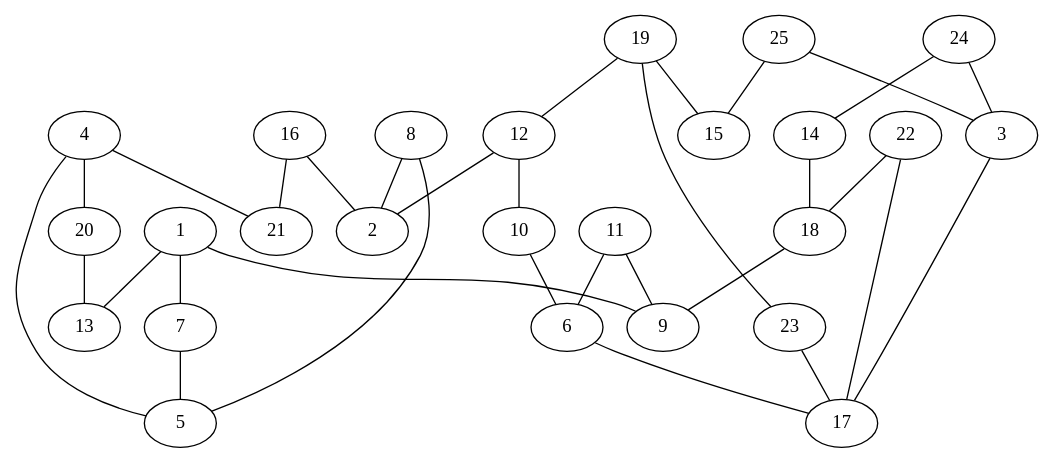
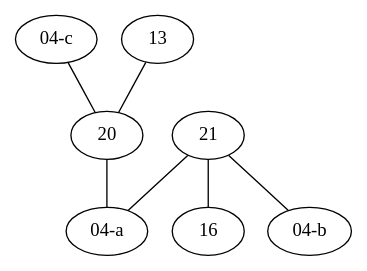
One commit to Uhrbaan/hyperdrive-remote changed the diagram in assets/track-graph.gv. Above: the diagram before and after it, drawn with Graphviz. The commit also changed 6 other files, not shown here.

```diff
--- a/assets/track-graph.gv
+++ b/assets/track-graph.gv
@@ -1,178 +1,42 @@
 strict graph {
 
 
-	"4" [  weight=0 ];
+	"04-c" [  weight=0 ];
 
-	"4" -- "21" [  weight=1 ];
+	"04-c" -- "20" [  weight=1 ];
 
-	"4" -- "5" [  weight=1 ];
+	"21" [  weight=0 ];
 
-	"4" -- "20" [  weight=1 ];
+	"21" -- "16" [  weight=1 ];
+
+	"21" -- "04-b" [  weight=1 ];
+
+	"21" -- "04-a" [  weight=1 ];
 
 	"16" [  weight=0 ];
 
 	"16" -- "21" [  weight=1 ];
 
-	"16" -- "2" [  weight=1 ];
+	"13" [  weight=0 ];
 
-	"19" [  weight=0 ];
-
-	"19" -- "12" [  weight=1 ];
-
-	"19" -- "15" [  weight=1 ];
-
-	"19" -- "23" [  weight=1 ];
-
-	"1" [  weight=0 ];
-
-	"1" -- "9" [  weight=1 ];
-
-	"1" -- "13" [  weight=1 ];
-
-	"1" -- "7" [  weight=1 ];
-
-	"21" [  weight=0 ];
-
-	"21" -- "4" [  weight=1 ];
-
-	"21" -- "16" [  weight=1 ];
-
-	"8" [  weight=0 ];
-
-	"8" -- "5" [  weight=1 ];
-
-	"8" -- "2" [  weight=1 ];
-
-	"11" [  weight=0 ];
-
-	"11" -- "6" [  weight=1 ];
-
-	"11" -- "9" [  weight=1 ];
-
-	"23" [  weight=0 ];
-
-	"23" -- "17" [  weight=1 ];
-
-	"23" -- "19" [  weight=1 ];
-
-	"24" [  weight=0 ];
-
-	"24" -- "3" [  weight=1 ];
-
-	"24" -- "14" [  weight=1 ];
-
-	"25" [  weight=0 ];
-
-	"25" -- "3" [  weight=1 ];
-
-	"25" -- "15" [  weight=1 ];
+	"13" -- "20" [  weight=1 ];
 
 	"20" [  weight=0 ];
 
 	"20" -- "13" [  weight=1 ];
 
-	"20" -- "4" [  weight=1 ];
+	"20" -- "04-a" [  weight=1 ];
 
-	"12" [  weight=0 ];
+	"20" -- "04-c" [  weight=1 ];
 
-	"12" -- "2" [  weight=1 ];
+	"04-a" [  weight=0 ];
 
-	"12" -- "19" [  weight=1 ];
+	"04-a" -- "20" [  weight=1 ];
 
-	"12" -- "10" [  weight=1 ];
+	"04-a" -- "21" [  weight=1 ];
 
-	"13" [  weight=0 ];
+	"04-b" [  weight=0 ];
 
-	"13" -- "20" [  weight=1 ];
-
-	"13" -- "1" [  weight=1 ];
-
-	"7" [  weight=0 ];
-
-	"7" -- "1" [  weight=1 ];
-
-	"7" -- "5" [  weight=1 ];
-
-	"10" [  weight=0 ];
-
-	"10" -- "6" [  weight=1 ];
-
-	"10" -- "12" [  weight=1 ];
-
-	"3" [  weight=0 ];
-
-	"3" -- "25" [  weight=1 ];
-
-	"3" -- "24" [  weight=1 ];
-
-	"3" -- "17" [  weight=1 ];
-
-	"22" [  weight=0 ];
-
-	"22" -- "18" [  weight=1 ];
-
-	"22" -- "17" [  weight=1 ];
-
-	"15" [  weight=0 ];
-
-	"15" -- "25" [  weight=1 ];
-
-	"15" -- "19" [  weight=1 ];
-
-	"6" [  weight=0 ];
-
-	"6" -- "11" [  weight=1 ];
-
-	"6" -- "10" [  weight=1 ];
-
-	"6" -- "17" [  weight=1 ];
-
-	"17" [  weight=0 ];
-
-	"17" -- "22" [  weight=1 ];
-
-	"17" -- "6" [  weight=1 ];
-
-	"17" -- "23" [  weight=1 ];
-
-	"17" -- "3" [  weight=1 ];
-
-	"14" [  weight=0 ];
-
-	"14" -- "24" [  weight=1 ];
-
-	"14" -- "18" [  weight=1 ];
-
-	"18" [  weight=0 ];
-
-	"18" -- "14" [  weight=1 ];
-
-	"18" -- "9" [  weight=1 ];
-
-	"18" -- "22" [  weight=1 ];
-
-	"9" [  weight=0 ];
-
-	"9" -- "1" [  weight=1 ];
-
-	"9" -- "11" [  weight=1 ];
-
-	"9" -- "18" [  weight=1 ];
-
-	"2" [  weight=0 ];
-
-	"2" -- "12" [  weight=1 ];
-
-	"2" -- "8" [  weight=1 ];
-
-	"2" -- "16" [  weight=1 ];
-
-	"5" [  weight=0 ];
-
-	"5" -- "7" [  weight=1 ];
-
-	"5" -- "4" [  weight=1 ];
-
-	"5" -- "8" [  weight=1 ];
+	"04-b" -- "21" [  weight=1 ];
 
 }
```
